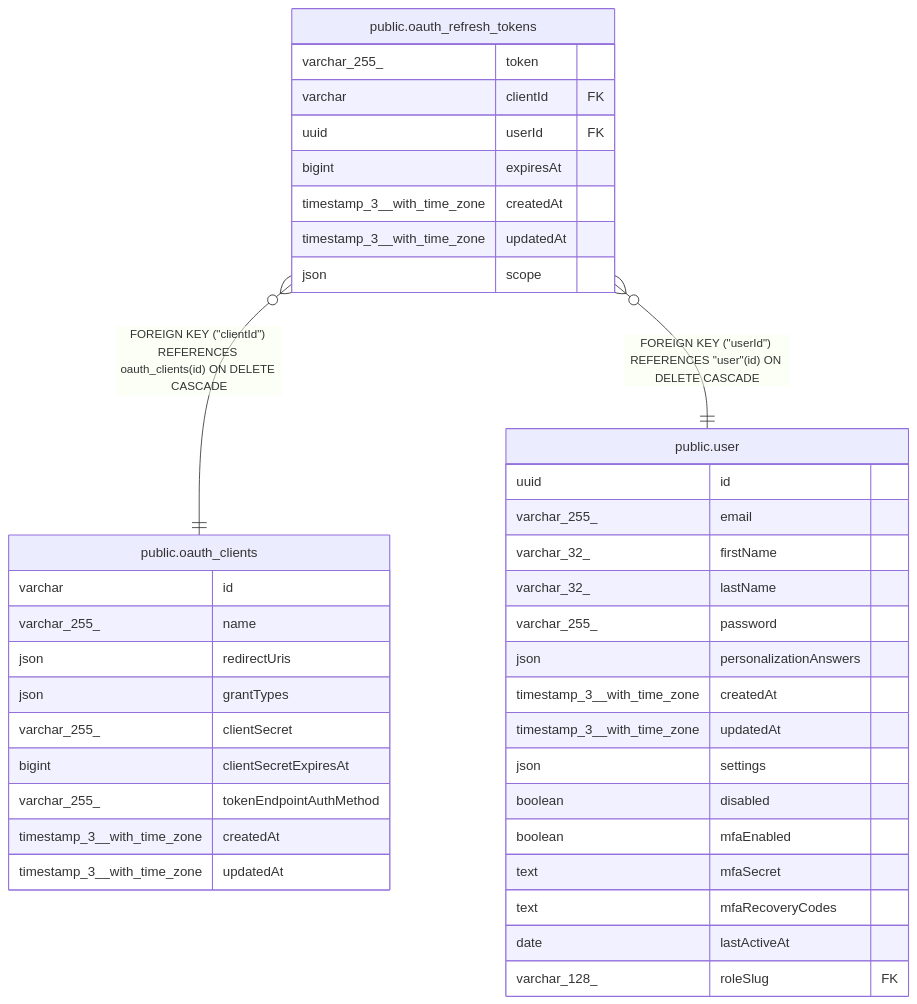
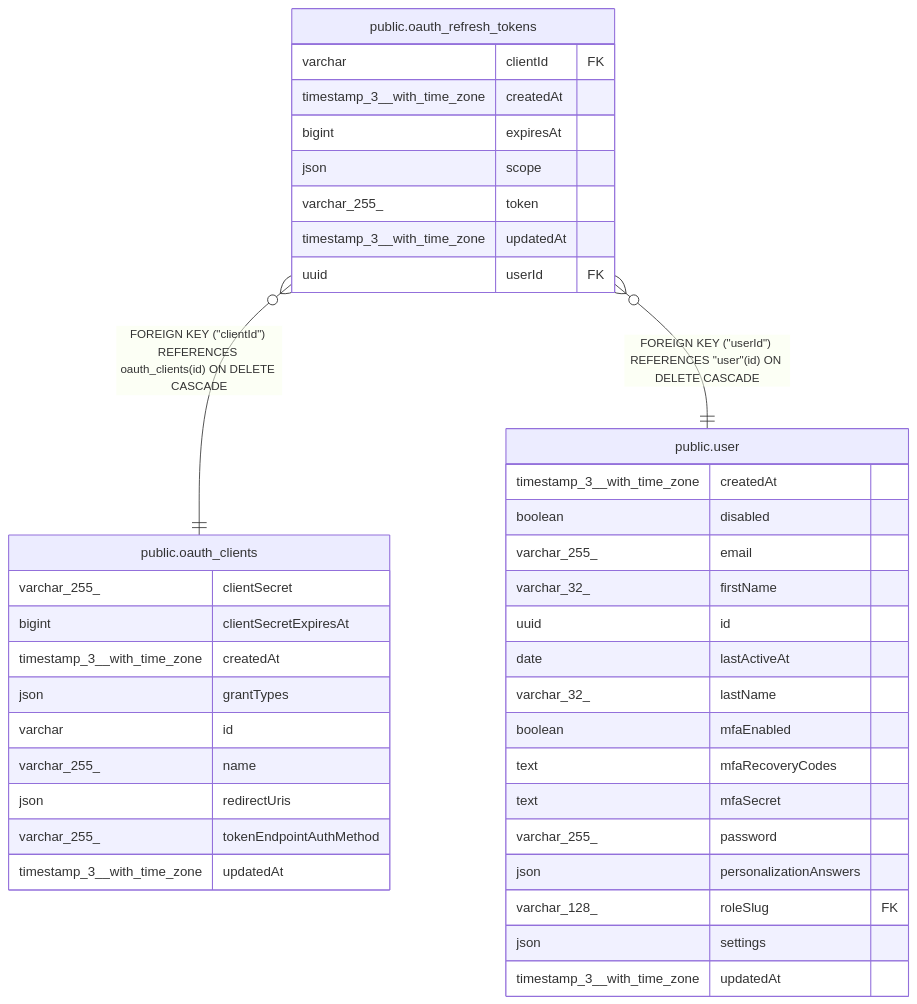
One commit to mayankjain1815-commits/n8n changed the diagram in docs/generated/postgres-schema/public.oauth_refresh_tokens.md. Above: the diagram before and after it, drawn with Mermaid. The commit also changed other lines of this file and 221 other files, not shown here.

Commit message:
chore(core): Make DB schema docs generation deterministic (#32373)

````diff
--- a/docs/generated/postgres-schema/public.oauth_refresh_tokens.md
+++ b/docs/generated/postgres-schema/public.oauth_refresh_tokens.md
@@ -38,44 +38,44 @@
 ```mermaid
 erDiagram
 
 "public.oauth_refresh_tokens" }o--|| "public.oauth_clients" : "FOREIGN KEY (#quot;clientId#quot;) REFERENCES oauth_clients(id) ON DELETE CASCADE"
 "public.oauth_refresh_tokens" }o--|| "public.user" : "FOREIGN KEY (#quot;userId#quot;) REFERENCES #quot;user#quot;(id) ON DELETE CASCADE"
 
 "public.oauth_refresh_tokens" {
+  varchar clientId FK
+  timestamp_3__with_time_zone createdAt
+  bigint expiresAt
+  json scope
   varchar_255_ token
-  varchar clientId FK
+  timestamp_3__with_time_zone updatedAt
   uuid userId FK
-  bigint expiresAt
-  timestamp_3__with_time_zone createdAt
-  timestamp_3__with_time_zone updatedAt
-  json scope
 }
 "public.oauth_clients" {
+  varchar_255_ clientSecret
+  bigint clientSecretExpiresAt
+  timestamp_3__with_time_zone createdAt
+  json grantTypes
   varchar id
   varchar_255_ name
   json redirectUris
-  json grantTypes
-  varchar_255_ clientSecret
-  bigint clientSecretExpiresAt
   varchar_255_ tokenEndpointAuthMethod
-  timestamp_3__with_time_zone createdAt
   timestamp_3__with_time_zone updatedAt
 }
 "public.user" {
-  uuid id
+  timestamp_3__with_time_zone createdAt
+  boolean disabled
   varchar_255_ email
   varchar_32_ firstName
+  uuid id
+  date lastActiveAt
   varchar_32_ lastName
+  boolean mfaEnabled
+  text mfaRecoveryCodes
+  text mfaSecret
   varchar_255_ password
   json personalizationAnswers
-  timestamp_3__with_time_zone createdAt
+  varchar_128_ roleSlug FK
+  json settings
   timestamp_3__with_time_zone updatedAt
-  json settings
-  boolean disabled
-  boolean mfaEnabled
-  text mfaSecret
-  text mfaRecoveryCodes
-  date lastActiveAt
-  varchar_128_ roleSlug FK
 }
 ```
````
